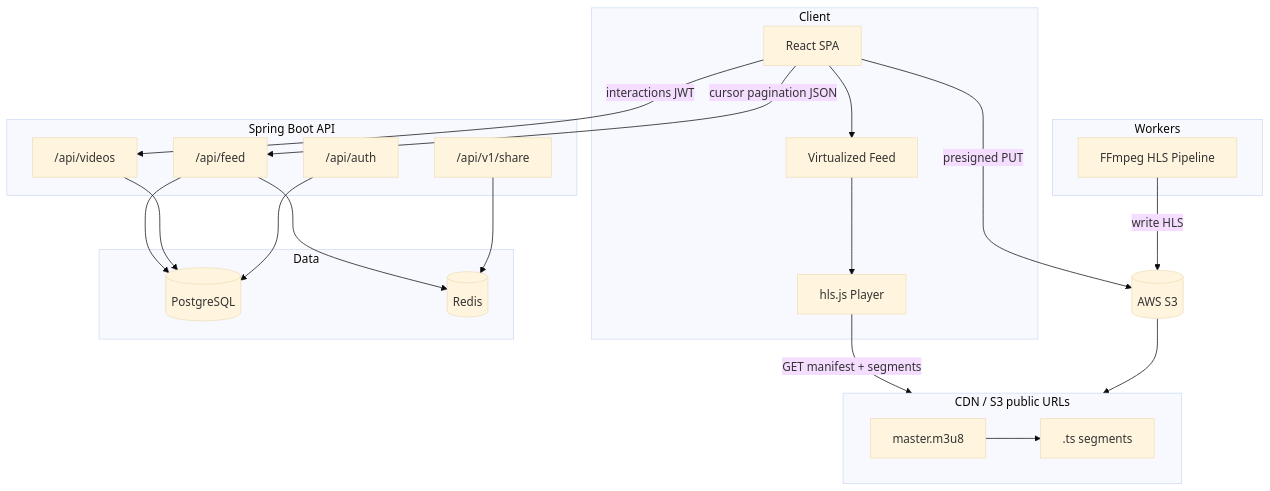
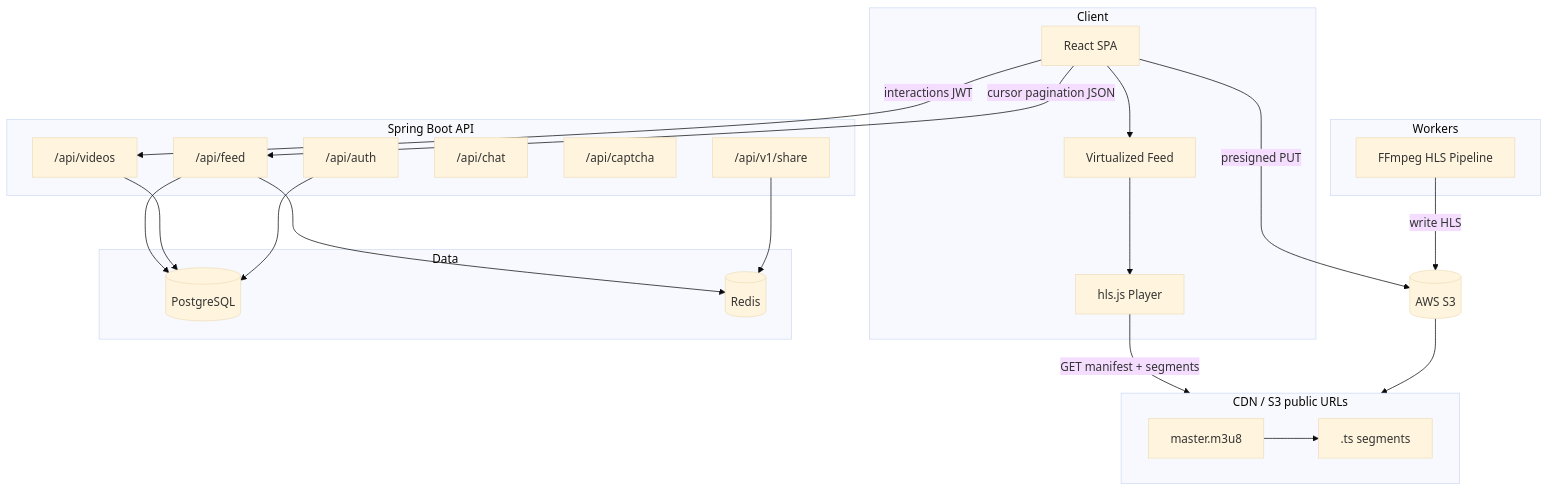
Before and after one commit to KienCuongSoftware/Vibely: the diagram in README.md, drawn with Mermaid (base theme). The commit also changed other lines of this file, not shown here.

First line of the commit message:
docs(readme): sync root README with auth, antibot, and chat

````diff
--- a/README.md
+++ b/README.md
@@ -85,45 +97,47 @@
 ```mermaid
 flowchart TB
   subgraph Client
     UI[React SPA]
     VF[Virtualized Feed]
     HLS[hls.js Player]
     UI --> VF --> HLS
   end
 
   subgraph CDN["CDN / S3 public URLs"]
     M3U8[master.m3u8]
     TS[.ts segments]
     M3U8 --> TS
   end
 
   subgraph API["Spring Boot API"]
     Feed["/api/feed"]
     Videos["/api/videos"]
     Auth["/api/auth"]
+    Chat["/api/chat"]
+    Captcha["/api/captcha"]
     Share["/api/v1/share"]
   end
 
   subgraph Data
     PG[(PostgreSQL)]
     RD[(Redis)]
   end
 
   subgraph Workers
     FF[FFmpeg HLS Pipeline]
   end
 
   S3[(AWS S3)]
 
   HLS -->|GET manifest + segments| CDN
   UI -->|cursor pagination JSON| Feed
   UI -->|interactions JWT| Videos
   Feed --> PG
   Feed --> RD
   Share --> RD
   Videos --> PG
   Auth --> PG
   FF -->|write HLS| S3
   S3 --> CDN
   UI -->|presigned PUT| S3
 ```
````
